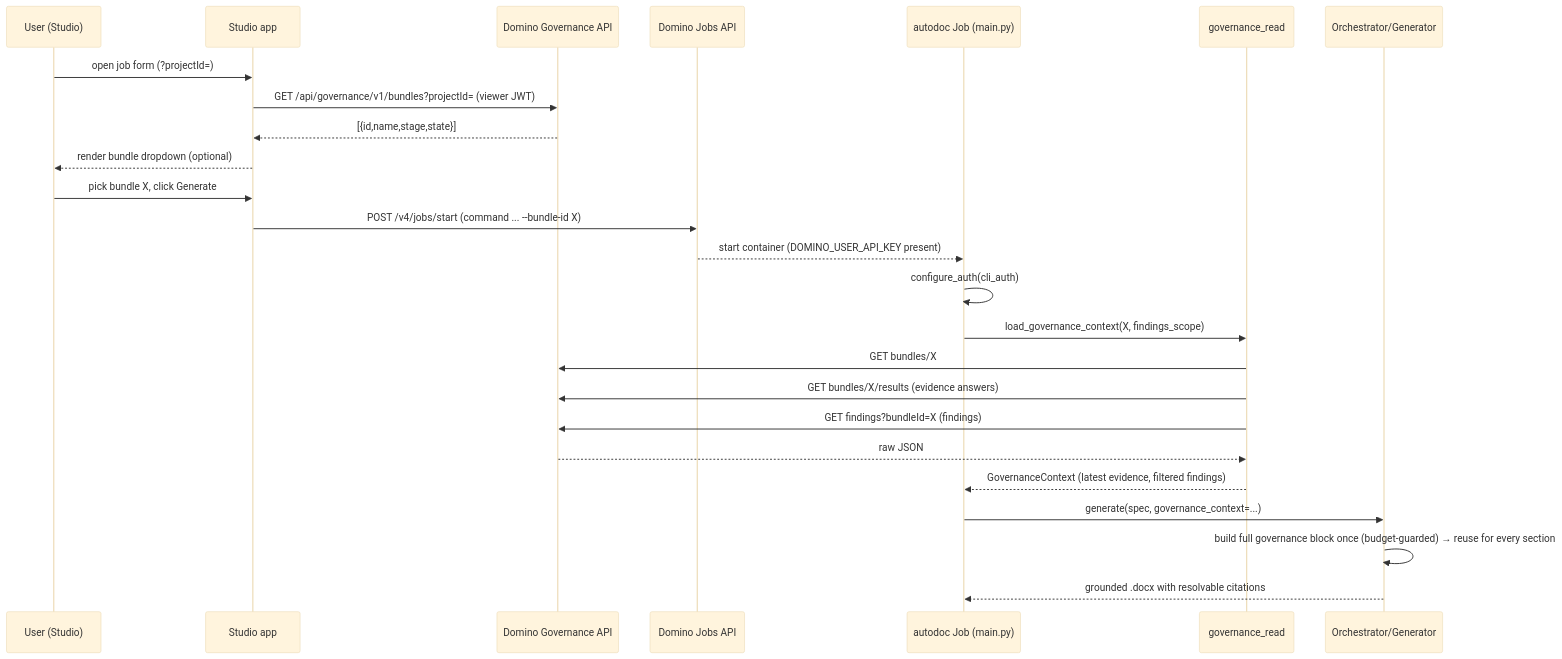
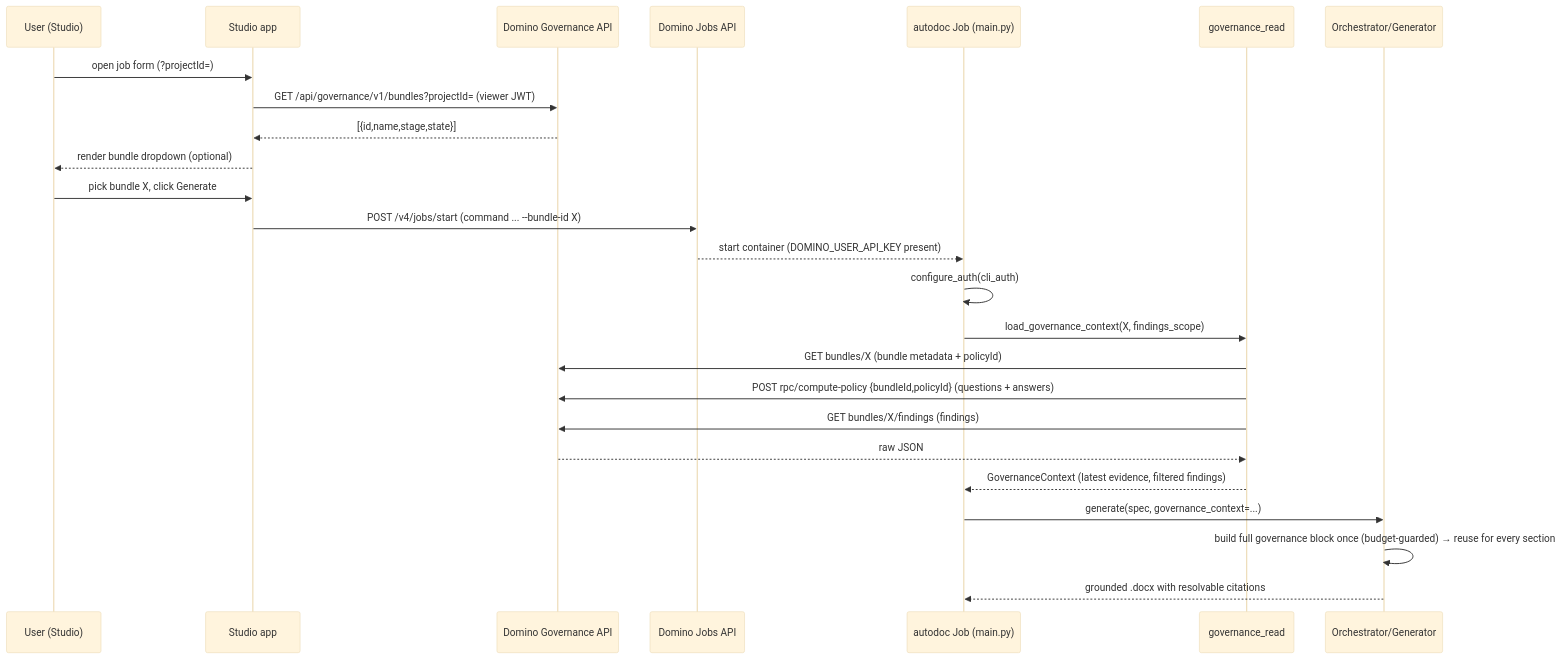
The third of 4 diagrams in docs/governance-context/governance-context-handover.md (dominodatalab/AutoDocumentation_Extension), drawn with Mermaid (base theme) before and after one commit. The commit also changed other lines of this file, not shown here.

````diff
--- a/docs/governance-context/governance-context-handover.md
+++ b/docs/governance-context/governance-context-handover.md
@@ -143,28 +143,28 @@
 ```mermaid
 sequenceDiagram
   participant U as User (Studio)
   participant S as Studio app
   participant D as Domino Governance API
   participant J as Domino Jobs API
   participant Job as autodoc Job (main.py)
   participant Gov as governance_read
   participant O as Orchestrator/Generator
 
   U->>S: open job form (?projectId=)
   S->>D: GET /api/governance/v1/bundles?projectId=  (viewer JWT)
   D-->>S: [{id,name,stage,state}]
   S-->>U: render bundle dropdown (optional)
   U->>S: pick bundle X, click Generate
   S->>J: POST /v4/jobs/start  (command ... --bundle-id X)
   J-->>Job: start container (DOMINO_USER_API_KEY present)
   Job->>Job: configure_auth(cli_auth)
   Job->>Gov: load_governance_context(X, findings_scope)
-  Gov->>D: GET bundles/X
-  Gov->>D: GET bundles/X/results        (evidence answers)
-  Gov->>D: GET findings?bundleId=X       (findings)
+  Gov->>D: GET bundles/X                             (bundle metadata + policyId)
+  Gov->>D: POST rpc/compute-policy {bundleId,policyId} (questions + answers)
+  Gov->>D: GET bundles/X/findings                    (findings)
   D-->>Gov: raw JSON
   Gov-->>Job: GovernanceContext (latest evidence, filtered findings)
   Job->>O: generate(spec, governance_context=...)
   O->>O: build full governance block once (budget-guarded) → reuse for every section
   O-->>Job: grounded .docx with resolvable citations
 ```
````
